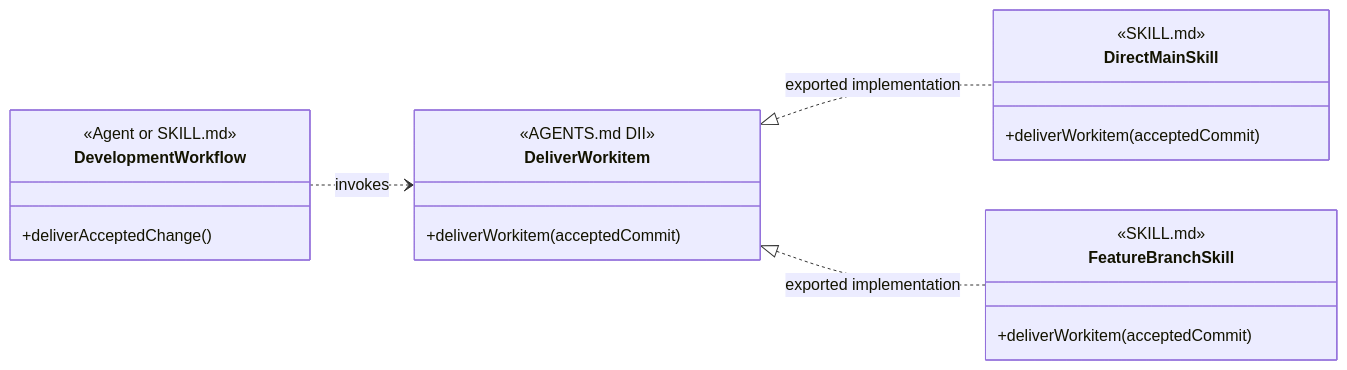
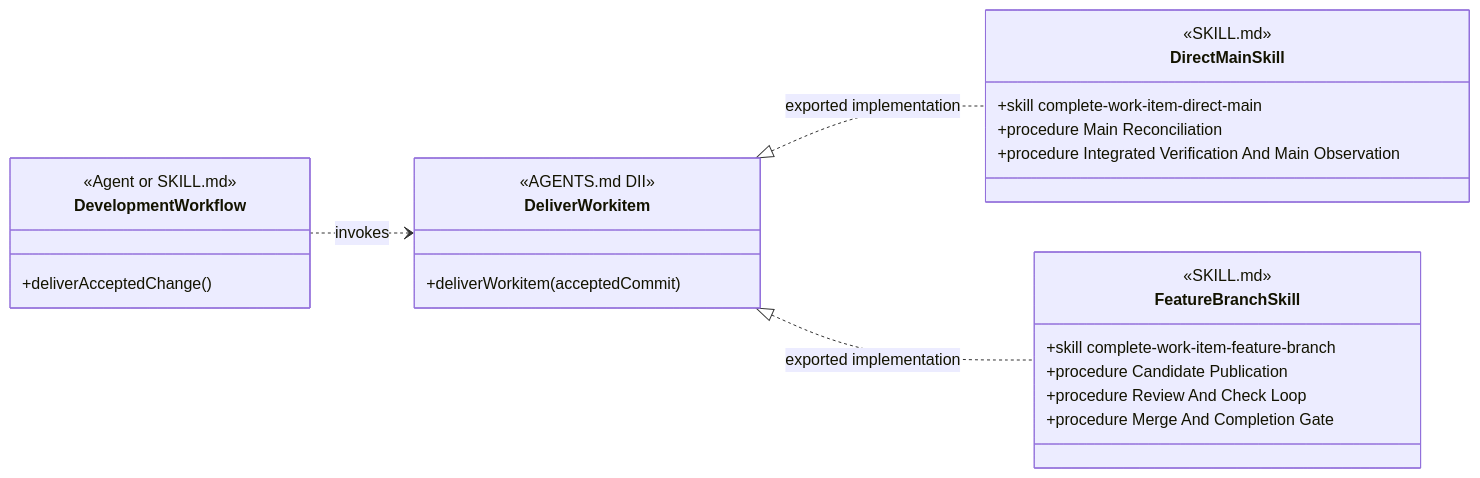
One commit to martinbechard/dev-methodology changed the ninth of 11 diagrams in design/object-oriented-agent-and-skill-model.md. Above: the diagram before and after it, drawn with Mermaid. The commit also changed other lines of this file and 12 other files, not shown here.

````diff
--- a/design/object-oriented-agent-and-skill-model.md
+++ b/design/object-oriented-agent-and-skill-model.md
@@ -433,30 +458,35 @@
 ```mermaid
 classDiagram
     direction LR
 
     class DevelopmentWorkflow {
         <<Agent or SKILL.md>>
         +deliverAcceptedChange()
     }
 
     class DeliverWorkitem {
         <<AGENTS.md DII>>
         +deliverWorkitem(acceptedCommit)
     }
 
     class DirectMainSkill {
         <<SKILL.md>>
         <<Injectable Skill>>
-        +deliverWorkitem(acceptedCommit)
+        +skill complete-work-item-direct-main
+        +procedure Main Reconciliation
+        +procedure Integrated Verification And Main Observation
     }
 
     class FeatureBranchSkill {
         <<SKILL.md>>
         <<Injectable Skill>>
-        +deliverWorkitem(acceptedCommit)
+        +skill complete-work-item-feature-branch
+        +procedure Candidate Publication
+        +procedure Review And Check Loop
+        +procedure Merge And Completion Gate
     }
 
     DevelopmentWorkflow ..> DeliverWorkitem : invokes
     DeliverWorkitem <|.. DirectMainSkill : exported implementation
     DeliverWorkitem <|.. FeatureBranchSkill : exported implementation
 ```
````
